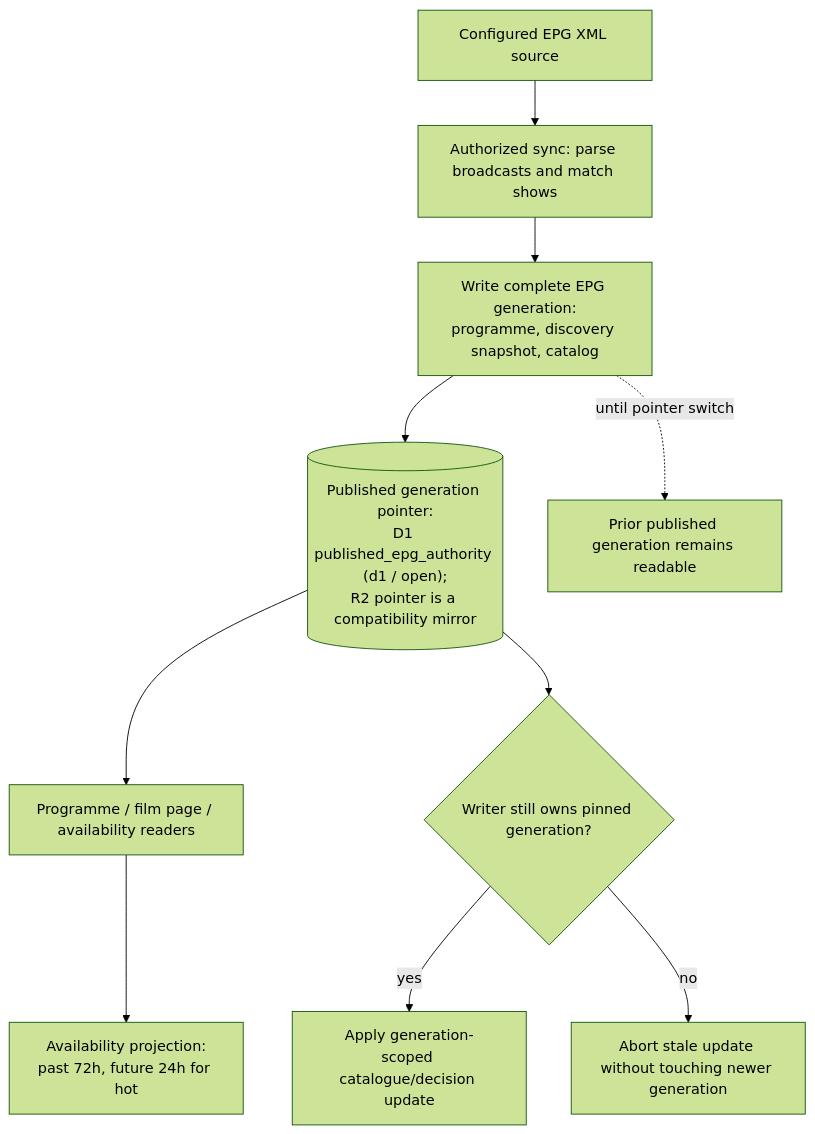
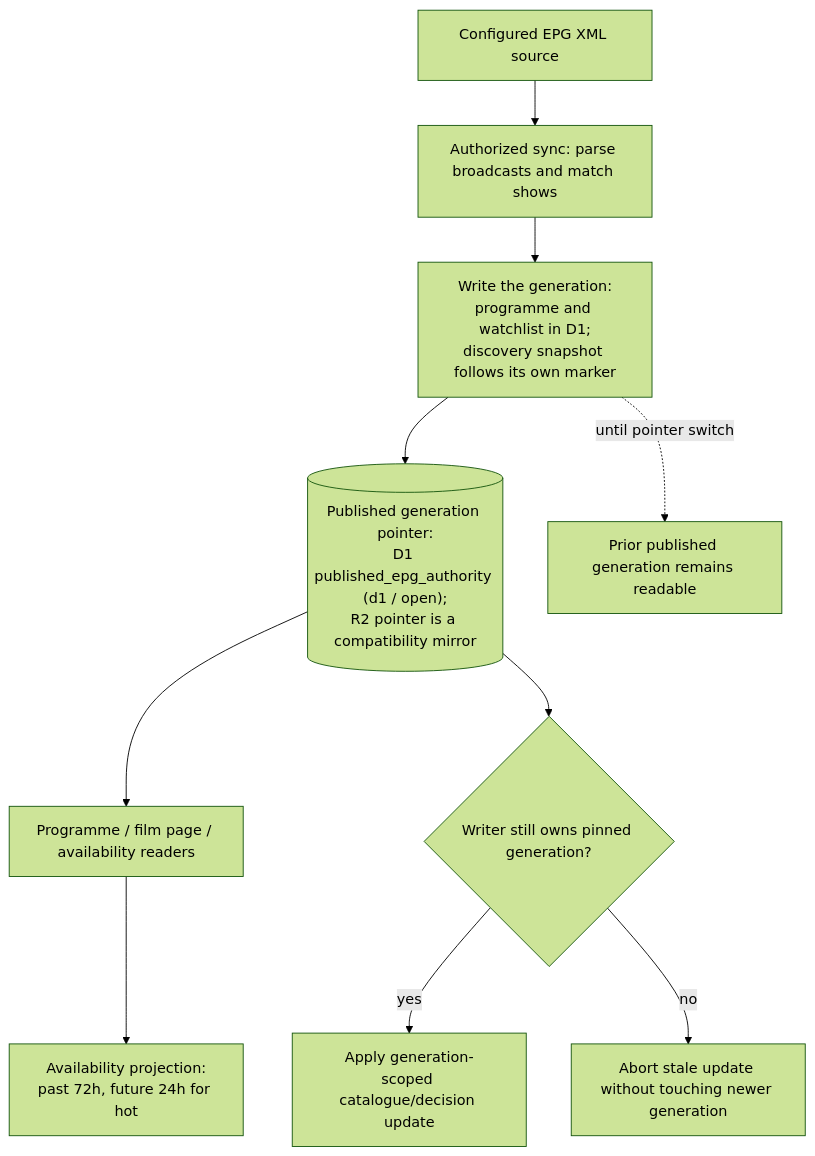
Before and after one commit to vladimino/iptv-watchlist: the diagram in docs/architecture/epg-and-availability.md, drawn with Mermaid (forest theme). The commit also changed other lines of this file and 25 other files, not shown here.

````diff
--- a/docs/architecture/epg-and-availability.md
+++ b/docs/architecture/epg-and-availability.md
@@ -5,19 +5,19 @@
 ```mermaid
 flowchart TD
     source["Configured EPG XML source"]
     parse["Authorized sync: parse broadcasts and match shows"]
-    staging["Write complete EPG generation:<br/>programme, discovery snapshot, catalog"]
+    staging["Write the generation:<br/>programme and watchlist in D1;<br/>discovery snapshot follows its own marker"]
     pointer[("Published generation pointer:<br/>D1 published_epg_authority (d1 / open);<br/>R2 pointer is a compatibility mirror")]
     readers["Programme / film page / availability readers"]
     window["Availability projection:<br/>past 72h, future 24h for hot"]
     previous["Prior published generation remains readable"]
     stale{"Writer still owns pinned generation?"}
     update["Apply generation-scoped catalogue/decision update"]
     reject["Abort stale update without touching newer generation"]
     source --> parse --> staging --> pointer
     pointer --> readers --> window
     staging -.->|until pointer switch| previous
     pointer --> stale
     stale -->|yes| update
     stale -->|no| reject
 ```
````
